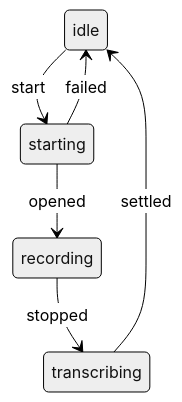
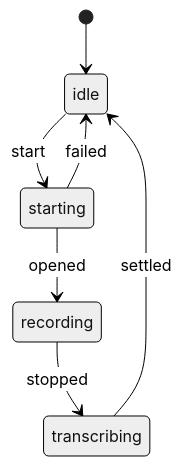
One commit to PetarStoev02/talyx-app changed the diagram in docs/state/dictation.md. Above: the diagram before and after it, drawn with Mermaid (neutral theme). The commit also changed 3 other files, not shown here.

First line of the commit message:
test: chart the heartbeat deadline and dictation's reducer

````diff
--- a/docs/state/dictation.md
+++ b/docs/state/dictation.md
@@ -7,8 +7,9 @@
 ```mermaid
 stateDiagram-v2
+  [*] --> idle
   idle --> starting : start
   starting --> recording : opened
   starting --> idle : failed
   recording --> transcribing : stopped
   transcribing --> idle : settled
 ```
````
